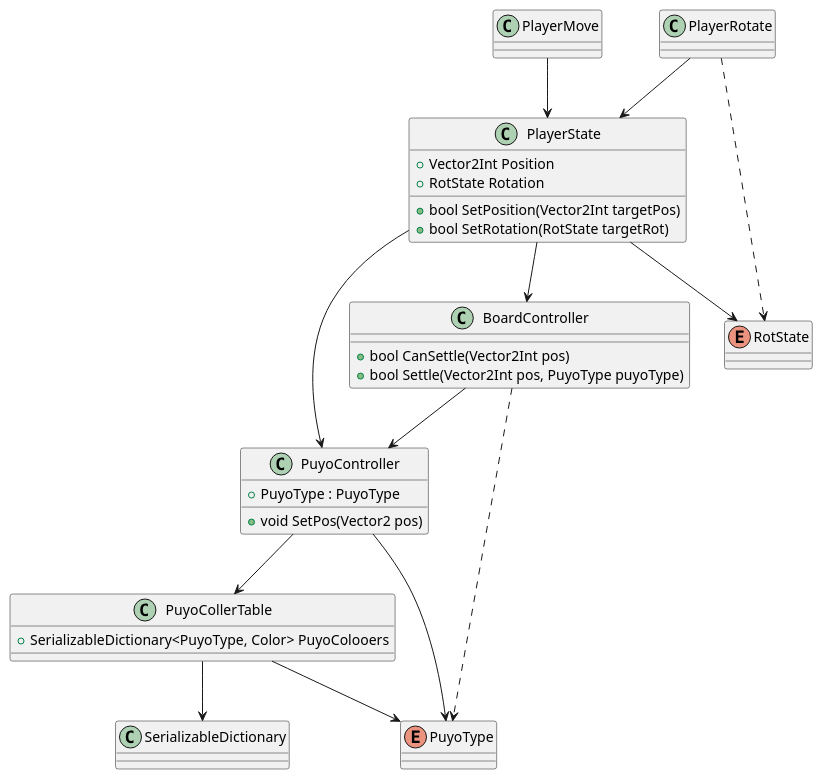
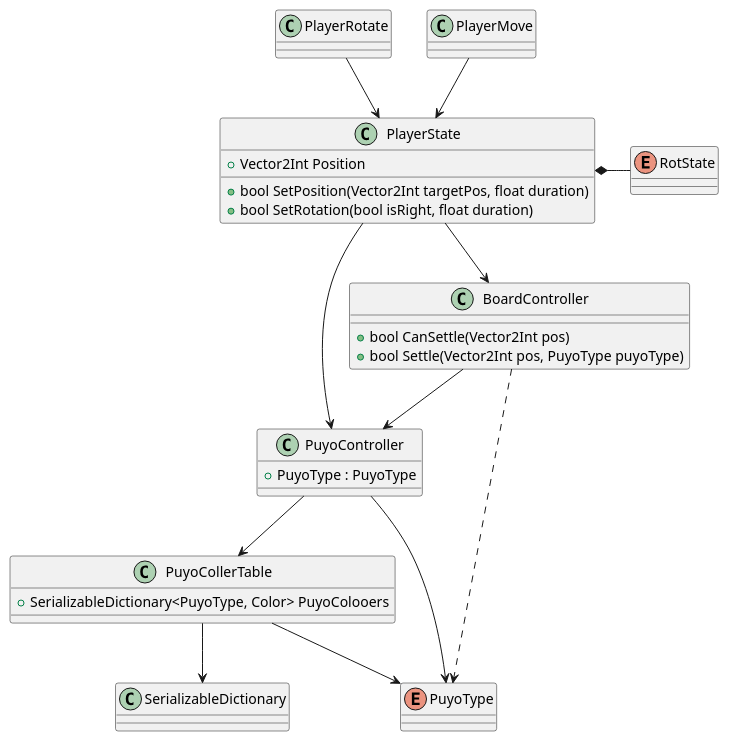
Before and after one commit to snnn30/UniteBlocks: the diagram in puyopuyo.pu, drawn with PlantUML. The commit also changed 4 other files, not shown here.

```diff
--- a/puyopuyo.pu
+++ b/puyopuyo.pu
@@ -1,41 +1,38 @@
 @startuml hoge
 class BoardController{
     +bool CanSettle(Vector2Int pos) 
     +bool Settle(Vector2Int pos, PuyoType puyoType)
 }
 class PuyoController{
     +PuyoType : PuyoType
-    +void SetPos(Vector2 pos)
 }
 class PuyoCollerTable{
     +SerializableDictionary<PuyoType, Color> PuyoColooers
 }
 class SerializableDictionary
 enum PuyoType
 
 class PlayerRotate
 class PlayerMove
 class PlayerState{
     +Vector2Int Position
-    +RotState Rotation
-    +bool SetPosition(Vector2Int targetPos)
-    +bool SetRotation(RotState targetRot)
+    +bool SetPosition(Vector2Int targetPos, float duration)
+    +bool SetRotation(bool isRight, float duration)
 }
 enum RotState
 
 BoardController --> PuyoController
 BoardController ..> PuyoType
 PuyoController --> PuyoCollerTable
 PuyoController --> PuyoType
 PuyoCollerTable --> SerializableDictionary
 PuyoCollerTable --> PuyoType
 
 PlayerRotate --> PlayerState
-PlayerRotate ..> RotState
 PlayerMove --> PlayerState
 PlayerState --> PuyoController
 PlayerState --> BoardController
-PlayerState --> RotState
+PlayerState *- RotState
 
 
 @enduml
```
